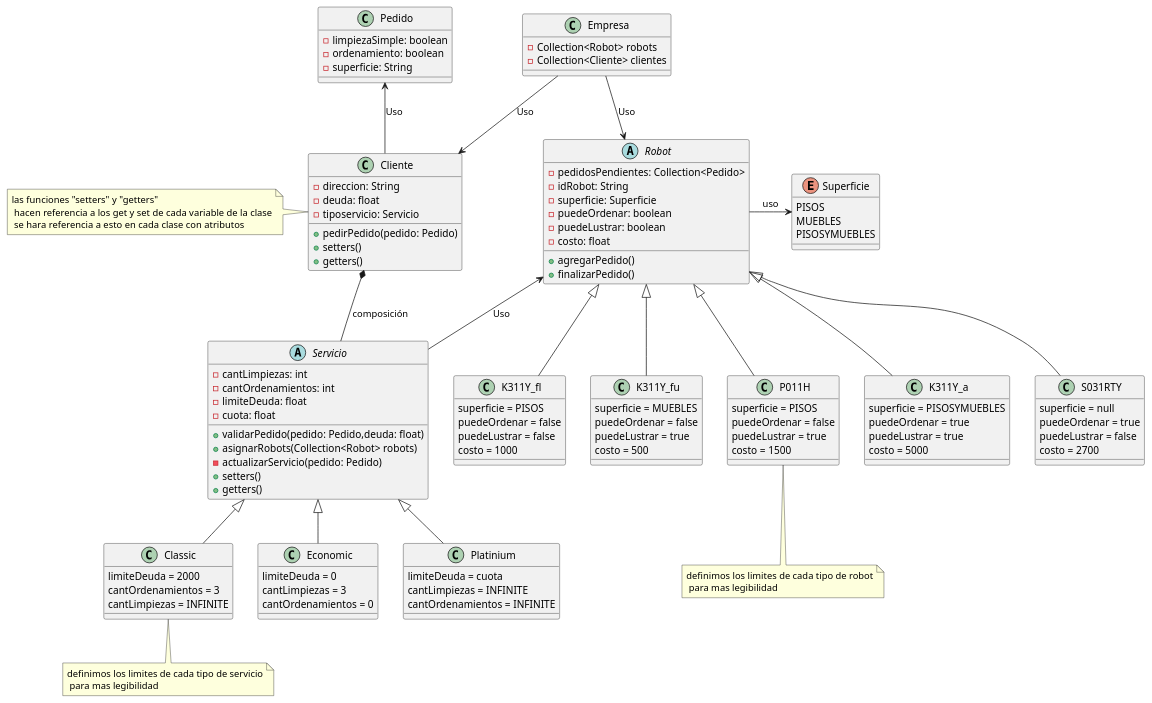
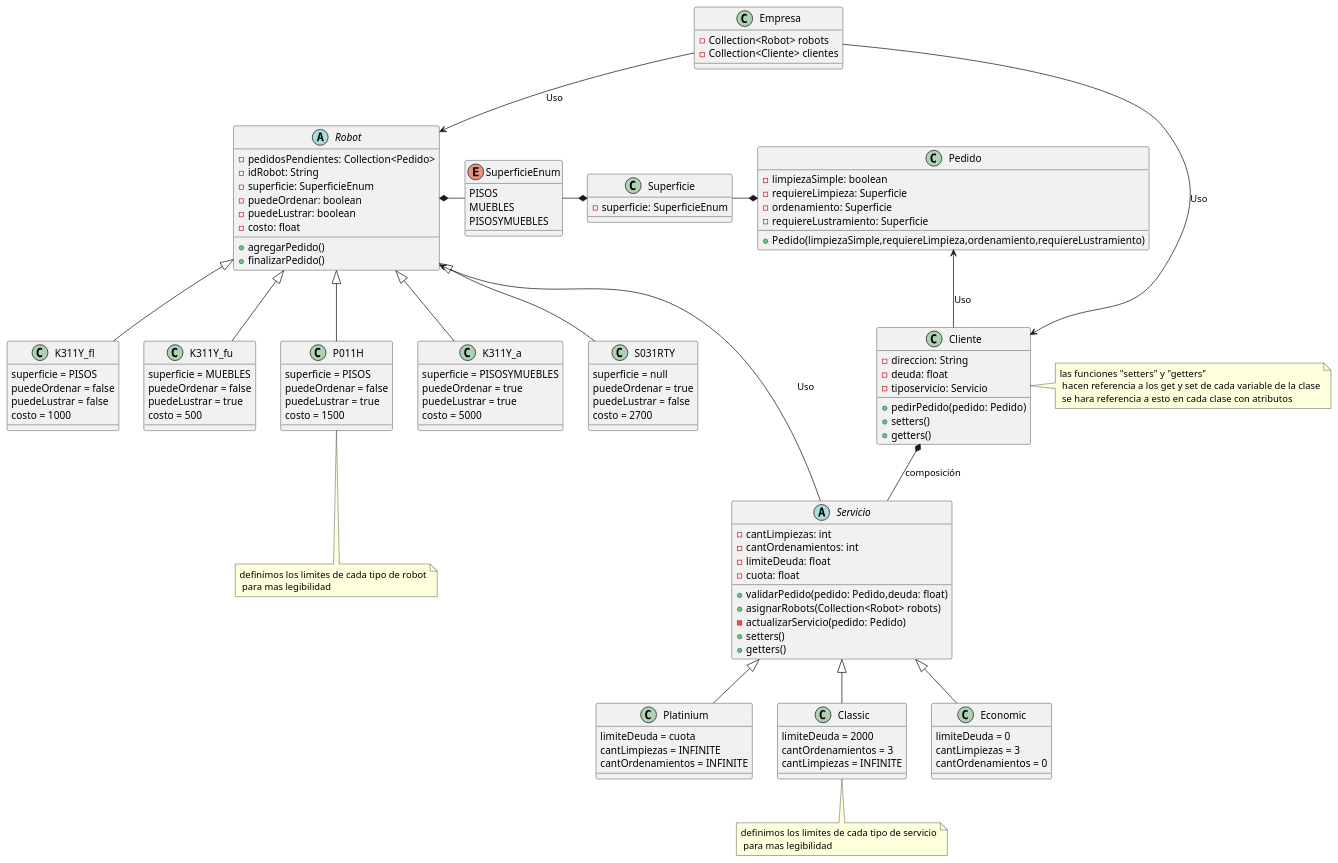
One commit to bacarvalho/TrabajoPractico changed the diagram in src/main/java/com/grupo4/trabajo/Diagramas/diagrama_clases.puml. Above: the diagram before and after it, drawn with PlantUML.

Commit message:
cambios en el diagrama de clase

```diff
--- a/src/main/java/com/grupo4/trabajo/Diagramas/diagrama_clases.puml
+++ b/src/main/java/com/grupo4/trabajo/Diagramas/diagrama_clases.puml
@@ -1,131 +1,144 @@
 @startuml
 'https://plantuml.com/class-diagram
+
 
 class Cliente{
 -direccion: String
 -deuda: float
 -tiposervicio: Servicio
-
 
 +pedirPedido(pedido: Pedido)
 +setters()
 +getters()
 }
 
 class Empresa{
 -Collection<Robot> robots
 -Collection<Cliente> clientes
 }
 
 
 abstract class Servicio{
 - cantLimpiezas: int
 - cantOrdenamientos: int
 - limiteDeuda: float
  -cuota: float
 
 +validarPedido(pedido: Pedido,deuda: float)
 +asignarRobots(Collection<Robot> robots)
 -actualizarServicio(pedido: Pedido)
 +setters()
 +getters()
 }
 
 abstract class Robot{
 - pedidosPendientes: Collection<Pedido>
 - idRobot: String
-- superficie: Superficie
+- superficie: SuperficieEnum
 - puedeOrdenar: boolean
 - puedeLustrar: boolean
 - costo: float
 
 +agregarPedido()
 +finalizarPedido()
 }
 
 class K311Y_fl{
  superficie = PISOS
  puedeOrdenar = false
  puedeLustrar = false
  costo = 1000
 }
 class K311Y_fu{
 superficie = MUEBLES
  puedeOrdenar = false
  puedeLustrar = true
  costo = 500
 }
 class P011H{
 superficie = PISOS
  puedeOrdenar = false
  puedeLustrar = true
  costo = 1500
 }
 class K311Y_a{
  superficie = PISOSYMUEBLES
  puedeOrdenar = true
  puedeLustrar = true
  costo = 5000
 }
 class S031RTY{
 superficie = null
  puedeOrdenar = true
  puedeLustrar = false
  costo = 2700
 }
 
-Robot <|-- K311Y_fl
-Robot <|-- K311Y_fu
-Robot <|-- P011H
-Robot <|-- K311Y_a
-Robot <|-- S031RTY
-
-Servicio <|-- Platinium
-Servicio <|-- Classic
-Servicio <|-- Economic
-
-Robot <-- Servicio : Uso
-Pedido <--  Cliente : Uso
-
-Cliente <-up- Empresa  : Uso
-Robot <-up-  Empresa : Uso
-
 class Platinium{
 limiteDeuda = cuota
 cantLimpiezas = INFINITE
 cantOrdenamientos = INFINITE
 }
 class Classic{
 limiteDeuda = 2000
 cantOrdenamientos = 3
 cantLimpiezas = INFINITE
 }
 
 class Economic{
 limiteDeuda = 0
 cantLimpiezas = 3
 cantOrdenamientos = 0
 }
 
 
-Cliente *--  Servicio : composición
+
 
 class Pedido{
 - limpiezaSimple: boolean
-- ordenamiento: boolean
-- superficie: String
+- requiereLimpieza: Superficie
+- ordenamiento: Superficie
+- requiereLustramiento: Superficie
+
++Pedido(limpiezaSimple,requiereLimpieza,ordenamiento,requiereLustramiento)
 }
 
-enum Superficie{
+enum SuperficieEnum{
 PISOS
 MUEBLES
 PISOSYMUEBLES
 }
 
-Robot -right-> Superficie : uso
+class Superficie{
+- superficie: SuperficieEnum
+}
+
+Robot <|-- K311Y_fl
+Robot <|-- K311Y_fu
+Robot <|-- P011H
+Robot <|-- K311Y_a
+Robot <|-- S031RTY
+
+Servicio <|-- Platinium
+Servicio <|-- Classic
+Servicio <|-- Economic
+
+Robot <-- Servicio : Uso
+
+Pedido <--  Cliente : Uso
+
+Cliente <-up- Empresa  : Uso
+
+Robot <-up-  Empresa : Uso
+
+Cliente *--  Servicio : composición
+
+Superficie *-left- SuperficieEnum
+Robot *-right- SuperficieEnum
+Pedido *-left- Superficie
 
 note bottom of Classic : definimos los limites de cada tipo de servicio\n para mas legibilidad
 note bottom of P011H : definimos los limites de cada tipo de robot\n para mas legibilidad
-note left of Cliente : las funciones "setters" y "getters" \n hacen referencia a los get y set de cada variable de la clase\n se hara referencia a esto en cada clase con atributos
+note right of Cliente : las funciones "setters" y "getters" \n hacen referencia a los get y set de cada variable de la clase\n se hara referencia a esto en cada clase con atributos
 
 @enduml
```
